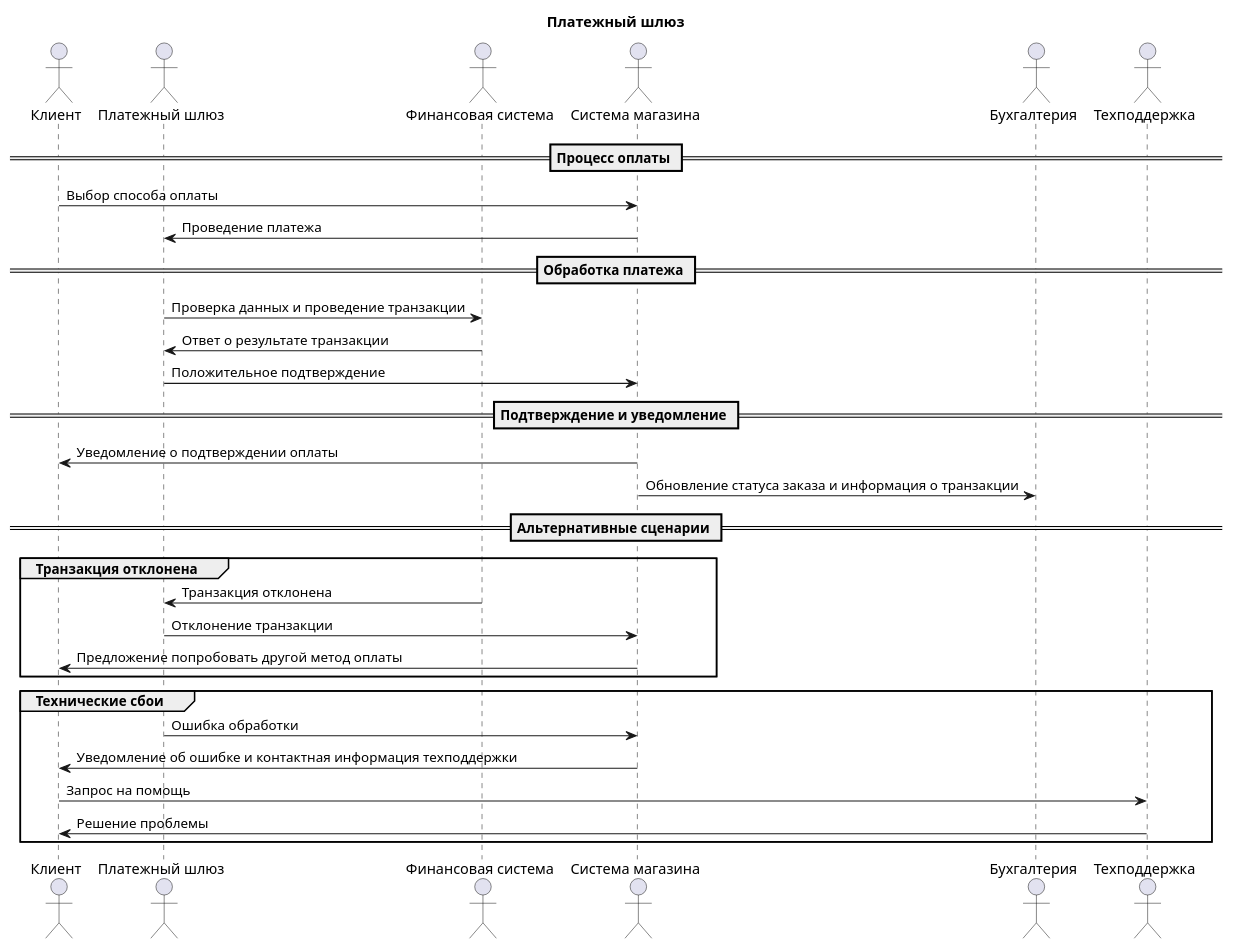
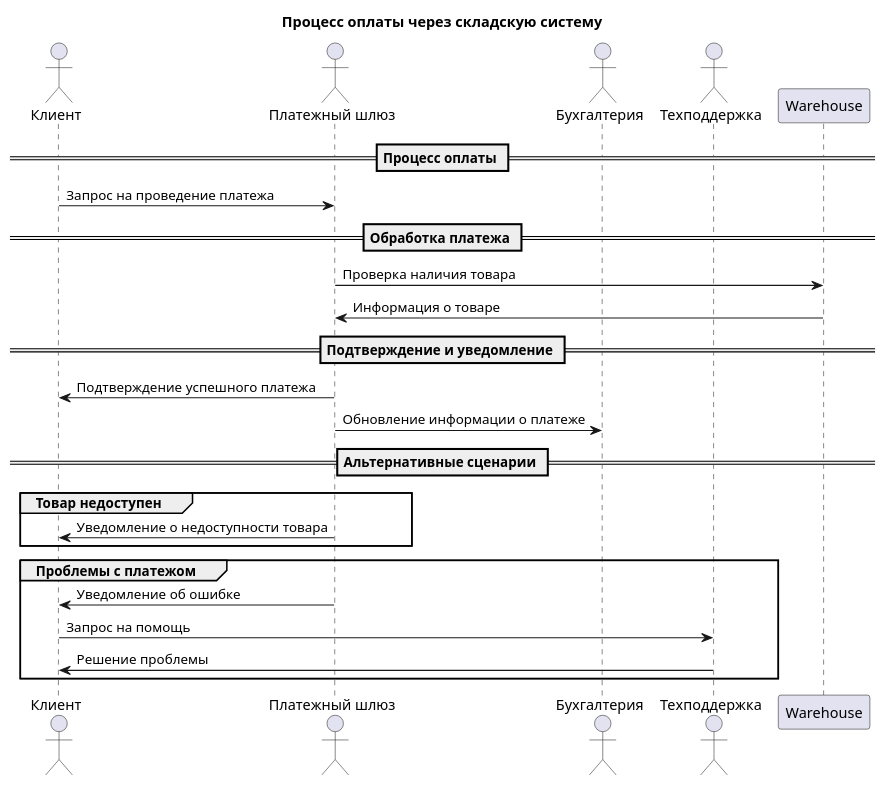
Before and after one commit to penamarth/bsbo-14-22_team5_var6: the diagram in Precedents/Платежный шлюз/Диаграмма последовательности.md, drawn with PlantUML. The commit also changed 9 other files, not shown here.

````diff
--- a/Precedents/Платежный шлюз/Диаграмма последовательности.md
+++ b/Precedents/Платежный шлюз/Диаграмма последовательности.md
@@ -1,40 +1,37 @@
 ```plantuml
 @startuml
 actor "Клиент" as customer
 actor "Платежный шлюз" as paymentGateway
-actor "Финансовая система" as financialSystem
-actor "Система магазина" as storeSystem
 actor "Бухгалтерия" as accounting
 actor "Техподдержка" as support
 
-title Платежный шлюз
+title Процесс оплаты через складскую систему
 
 == Процесс оплаты ==
-customer -> storeSystem: Выбор способа оплаты
-storeSystem -> paymentGateway: Проведение платежа
+
+customer -> paymentGateway: Запрос на проведение платежа
 
 == Обработка платежа ==
-paymentGateway -> financialSystem: Проверка данных и проведение транзакции
-financialSystem -> paymentGateway: Ответ о результате транзакции
-paymentGateway -> storeSystem: Положительное подтверждение
+
+paymentGateway -> Warehouse: Проверка наличия товара
+Warehouse -> paymentGateway: Информация о товаре
 
 == Подтверждение и уведомление ==
-storeSystem -> customer: Уведомление о подтверждении оплаты
-storeSystem -> accounting: Обновление статуса заказа и информация о транзакции
+
+paymentGateway -> customer: Подтверждение успешного платежа
+paymentGateway -> accounting: Обновление информации о платеже
 
 == Альтернативные сценарии ==
-group Транзакция отклонена
-    financialSystem -> paymentGateway: Транзакция отклонена
-    paymentGateway -> storeSystem: Отклонение транзакции
-    storeSystem -> customer: Предложение попробовать другой метод оплаты
+
+group Товар недоступен
+    paymentGateway -> customer: Уведомление о недоступности товара
 end
 
-group Технические сбои
-    paymentGateway -> storeSystem: Ошибка обработки
-    storeSystem -> customer: Уведомление об ошибке и контактная информация техподдержки
+group Проблемы с платежом
+    paymentGateway -> customer: Уведомление об ошибке
     customer -> support: Запрос на помощь
     support -> customer: Решение проблемы
 end
 
 @enduml
 ```
````
